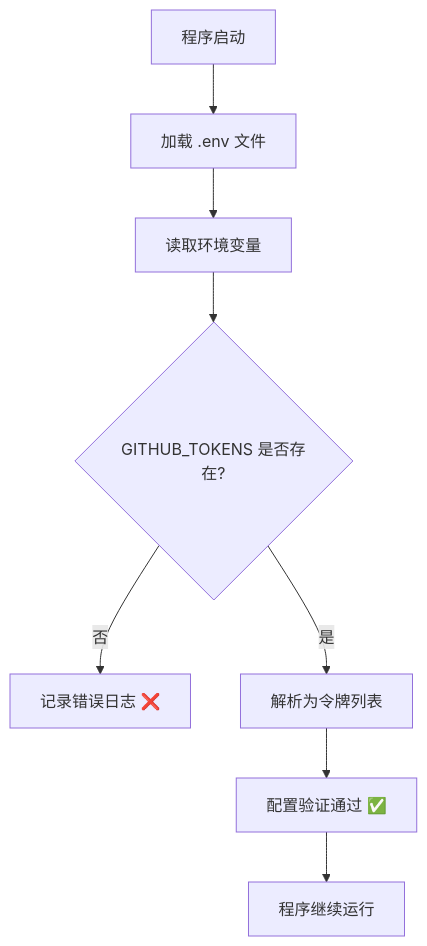
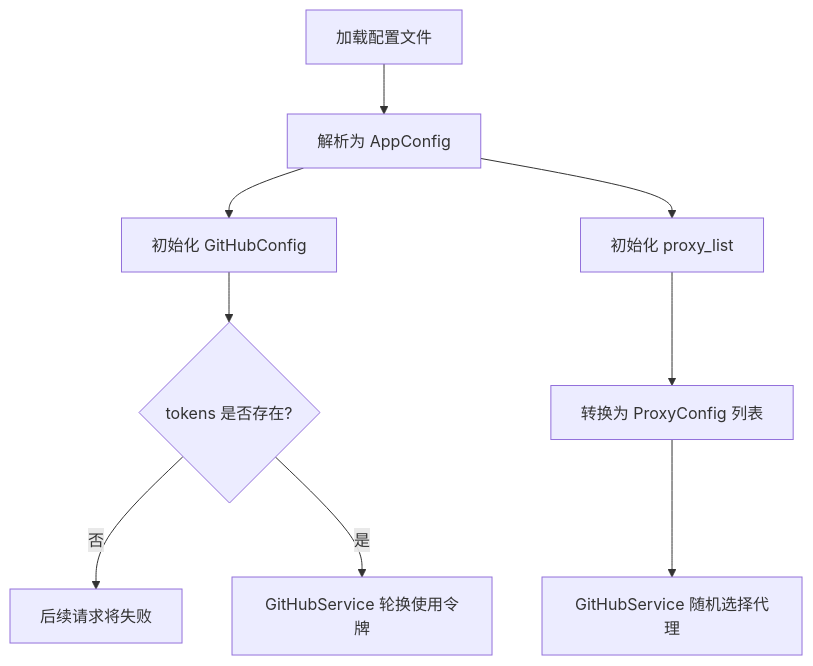
Before and after one commit to james-6-23/APIKEY-king: the first of 2 diagrams in .qoder/repowiki/zh/content/故障排除/认证失败问题.md, drawn with Mermaid. The commit also changed other lines of this file and 49 other files, not shown here.

````diff
--- a/.qoder/repowiki/zh/content/故障排除/认证失败问题.md
+++ b/.qoder/repowiki/zh/content/故障排除/认证失败问题.md
@@ -84,10 +89,11 @@
 ```mermaid
 flowchart TD
-A[程序启动] --> B[加载 .env 文件]
-B --> C[读取环境变量]
-C --> D{GITHUB_TOKENS 是否存在?}
-D --> |否| E[记录错误日志 ❌]
-D --> |是| F[解析为令牌列表]
-F --> G[配置验证通过 ✅]
-G --> H[程序继续运行]
+A[加载配置文件] --> B[解析为 AppConfig]
+B --> C[初始化 GitHubConfig]
+C --> D{tokens 是否存在?}
+D --> |否| E[后续请求将失败]
+D --> |是| F[GitHubService 轮换使用令牌]
+B --> G[初始化 proxy_list]
+G --> H[转换为 ProxyConfig 列表]
+H --> I[GitHubService 随机选择代理]
 ```
````
